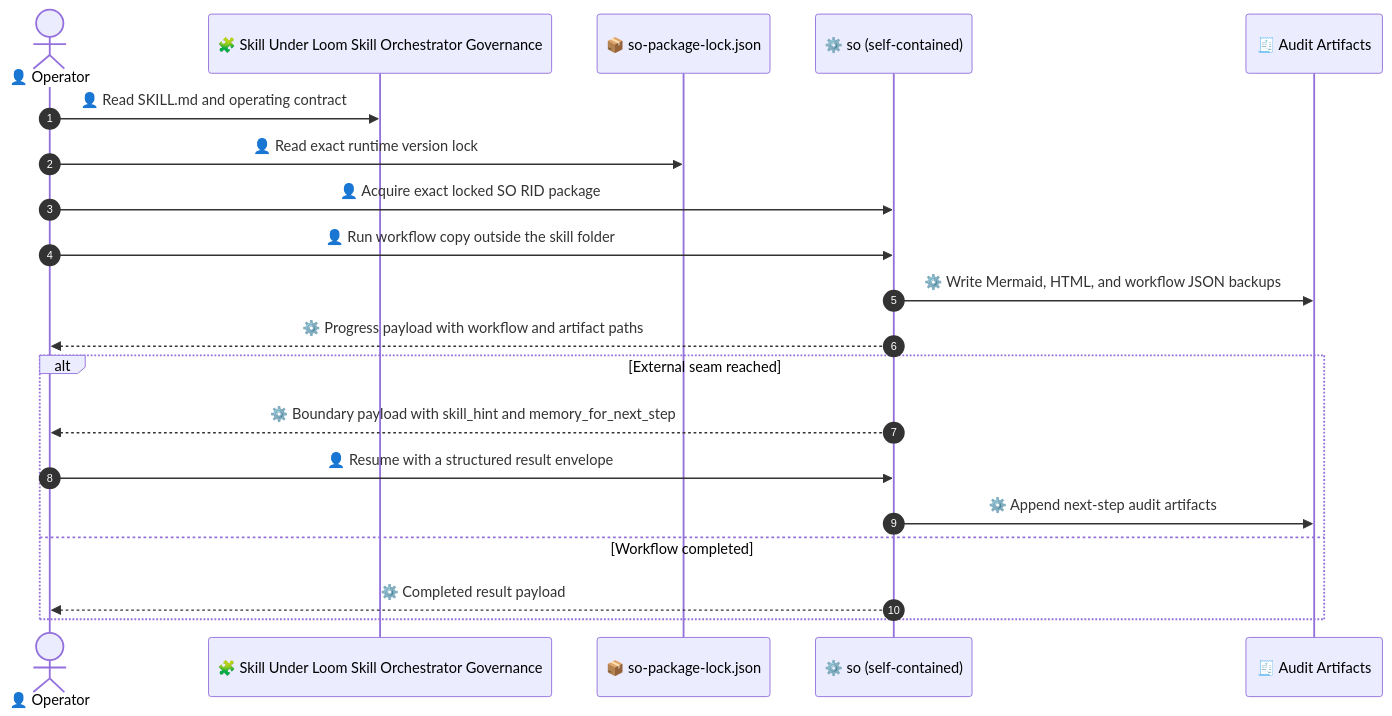
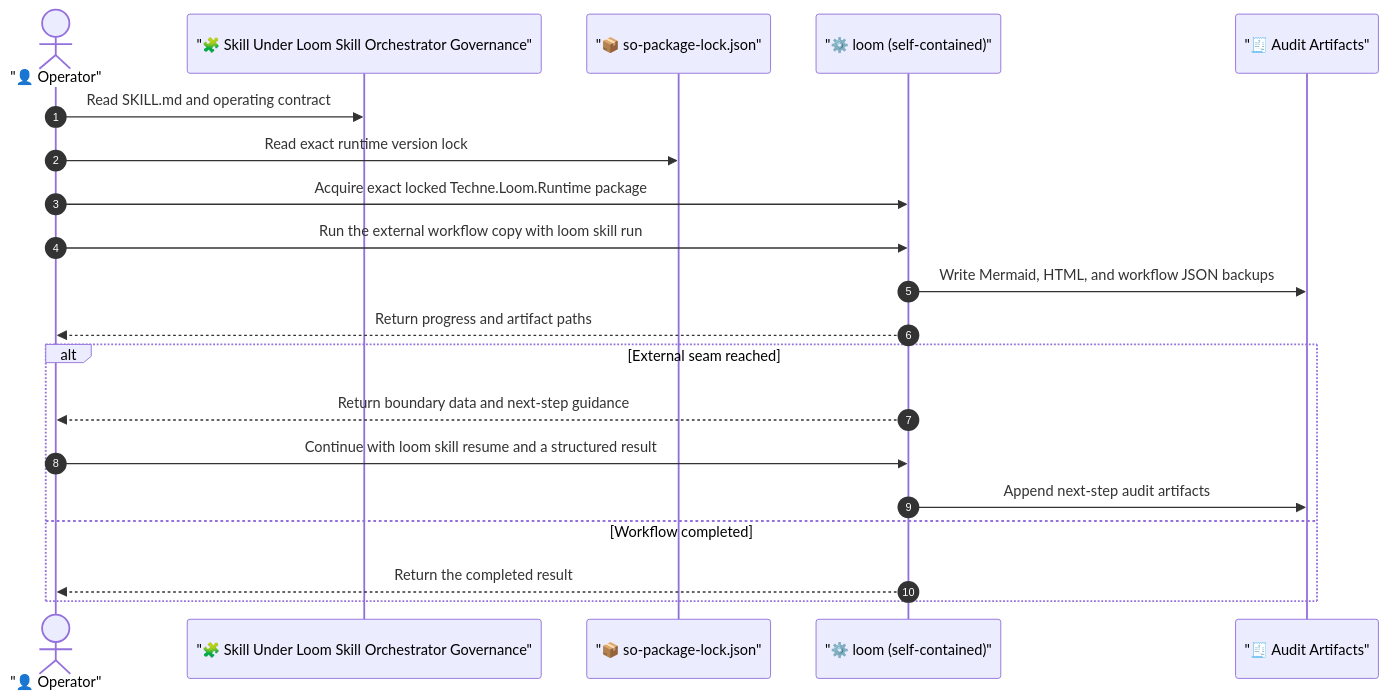
Before and after one commit to waynebaby/Techne-Loom: the first of 2 diagrams in README.md, drawn with Mermaid. The commit also changed other lines of this file and 16 other files, not shown here.

````diff
--- a/README.md
+++ b/README.md
@@ -345,23 +345,23 @@
 ```mermaid
 sequenceDiagram
     autonumber
-    actor Operator as 👤 Operator
-    participant Skill as 🧩 Skill Under Loom Skill Orchestrator Governance
-    participant Lock as 📦 so-package-lock.json
-    participant Runtime as ⚙️ so (self-contained)
-    participant Audit as 🧾 Audit Artifacts
+    actor Operator as "👤 Operator"
+    participant Skill as "🧩 Skill Under Loom Skill Orchestrator Governance"
+    participant Lock as "📦 so-package-lock.json"
+    participant Runtime as "⚙️ loom (self-contained)"
+    participant Audit as "🧾 Audit Artifacts"
 
-    Operator->>Skill: 👤 Read SKILL.md and operating contract
-    Operator->>Lock: 👤 Read exact runtime version lock
-    Operator->>Runtime: 👤 Acquire exact locked SO RID package
-    Operator->>Runtime: 👤 Run workflow copy outside the skill folder
-    Runtime->>Audit: ⚙️ Write Mermaid, HTML, and workflow JSON backups
-    Runtime-->>Operator: ⚙️ Progress payload with workflow and artifact paths
+    Operator->>Skill: Read SKILL.md and operating contract
+    Operator->>Lock: Read exact runtime version lock
+    Operator->>Runtime: Acquire exact locked Techne.Loom.Runtime package
+    Operator->>Runtime: Run the external workflow copy with loom skill run
+    Runtime->>Audit: Write Mermaid, HTML, and workflow JSON backups
+    Runtime-->>Operator: Return progress and artifact paths
     alt External seam reached
-        Runtime-->>Operator: ⚙️ Boundary payload with skill_hint and memory_for_next_step
-        Operator->>Runtime: 👤 Resume with a structured result envelope
-        Runtime->>Audit: ⚙️ Append next-step audit artifacts
+        Runtime-->>Operator: Return boundary data and next-step guidance
+        Operator->>Runtime: Continue with loom skill resume and a structured result
+        Runtime->>Audit: Append next-step audit artifacts
     else Workflow completed
-        Runtime-->>Operator: ⚙️ Completed result payload
+        Runtime-->>Operator: Return the completed result
     end
 ```
````
